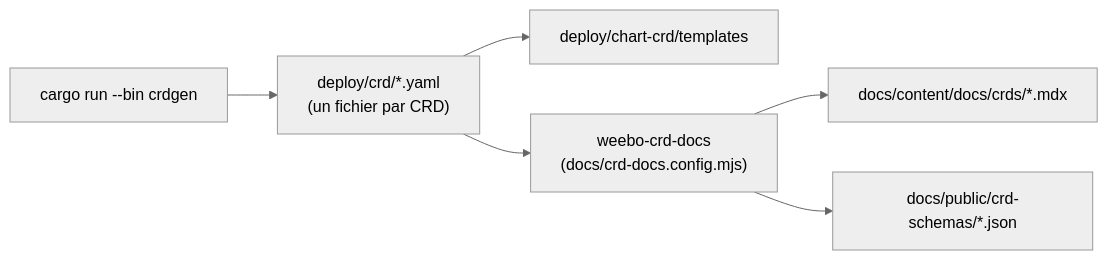
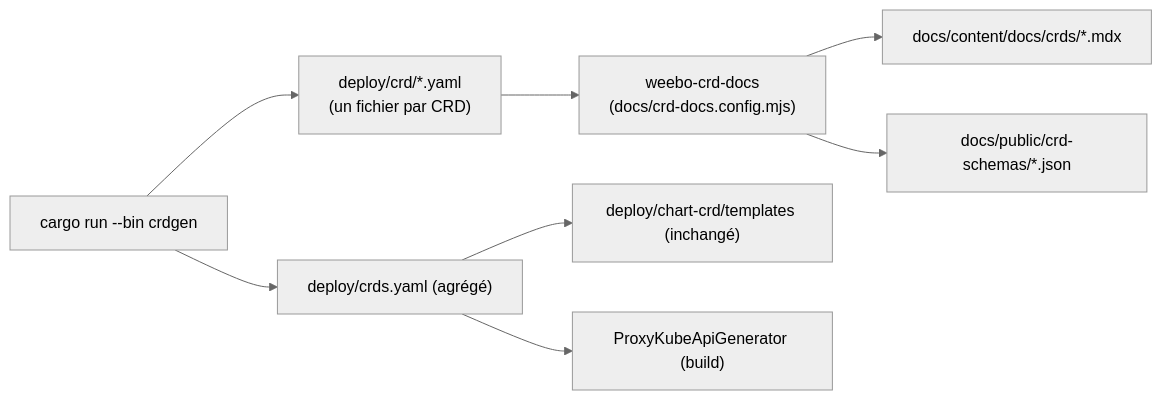
One commit to batleforc/ProxyAuthK8S changed the second of 4 diagrams in .rfc/0005-adopt-weebo-operator-kit.md. Above: the diagram before and after it, drawn with Mermaid (neutral theme). The commit also changed other lines of this file and 12 other files, not shown here.

````diff
--- a/.rfc/0005-adopt-weebo-operator-kit.md
+++ b/.rfc/0005-adopt-weebo-operator-kit.md
@@ -225,8 +288,10 @@
 ```mermaid
 flowchart LR
     CG["cargo run --bin crdgen"] --> Y["deploy/crd/*.yaml<br/>(un fichier par CRD)"]
-    Y --> CH["deploy/chart-crd/templates"]
+    CG --> A["deploy/crds.yaml (agrégé)"]
+    A --> CH["deploy/chart-crd/templates (inchangé)"]
     Y --> G["weebo-crd-docs<br/>(docs/crd-docs.config.mjs)"]
     G --> M["docs/content/docs/crds/*.mdx"]
     G --> J["docs/public/crd-schemas/*.json"]
+    A --> PG["ProxyKubeApiGenerator (build)"]
 ```
````
